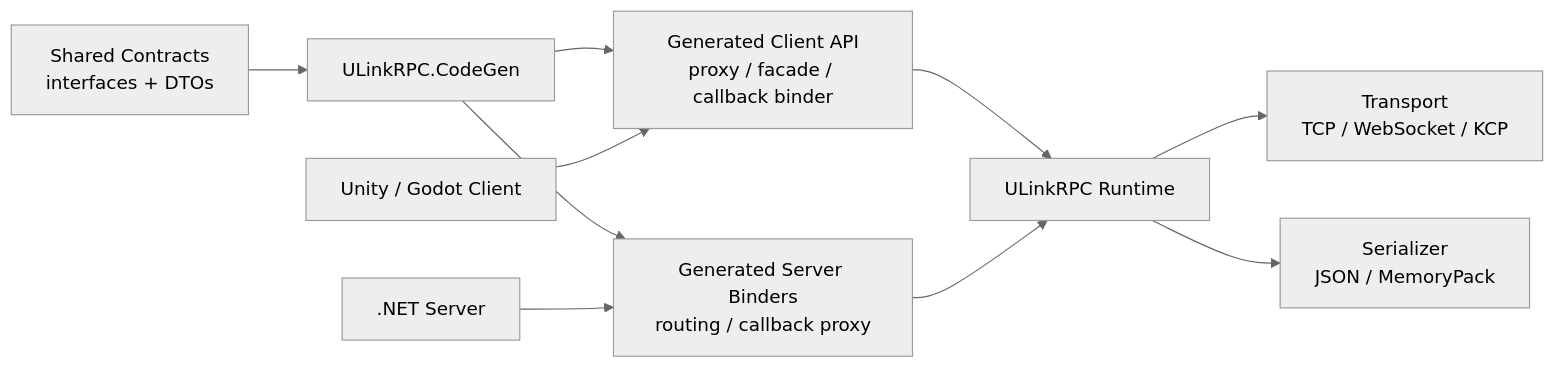
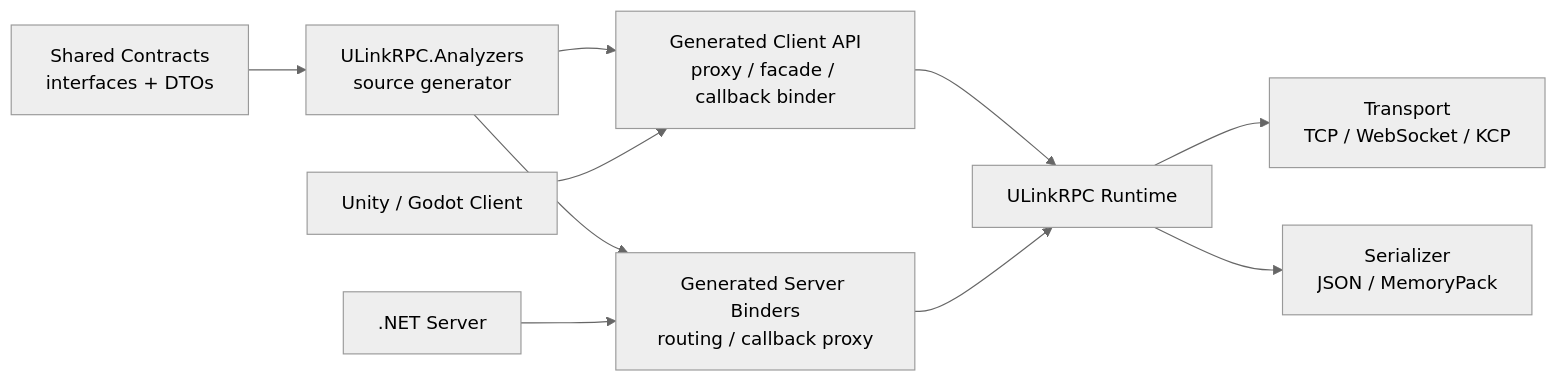
The first of 2 diagrams in README.md (bruce48x/ULinkRPC), drawn with Mermaid (neutral theme) before and after one commit. The commit also changed other lines of this file and 19 other files, not shown here.

Commit message:
Complete CodeGen removal documentation

````diff
--- a/README.md
+++ b/README.md
@@ -19,14 +19,14 @@
 ```mermaid
 flowchart LR
-    Contracts["Shared Contracts<br/>interfaces + DTOs"] --> CodeGen["ULinkRPC.CodeGen"]
-    CodeGen --> ClientApi["Generated Client API<br/>proxy / facade / callback binder"]
-    CodeGen --> ServerBinders["Generated Server Binders<br/>routing / callback proxy"]
+    Contracts["Shared Contracts<br/>interfaces + DTOs"] --> SourceGen["ULinkRPC.Analyzers<br/>source generator"]
+    SourceGen --> ClientApi["Generated Client API<br/>proxy / facade / callback binder"]
+    SourceGen --> ServerBinders["Generated Server Binders<br/>routing / callback proxy"]
 
     Client["Unity / Godot Client"] --> ClientApi
     ClientApi --> Runtime["ULinkRPC Runtime"]
     Server[".NET Server"] --> ServerBinders
     ServerBinders --> Runtime
 
     Runtime --> Transport["Transport<br/>TCP / WebSocket / KCP"]
     Runtime --> Serializer["Serializer<br/>JSON / MemoryPack"]
 ```
````
